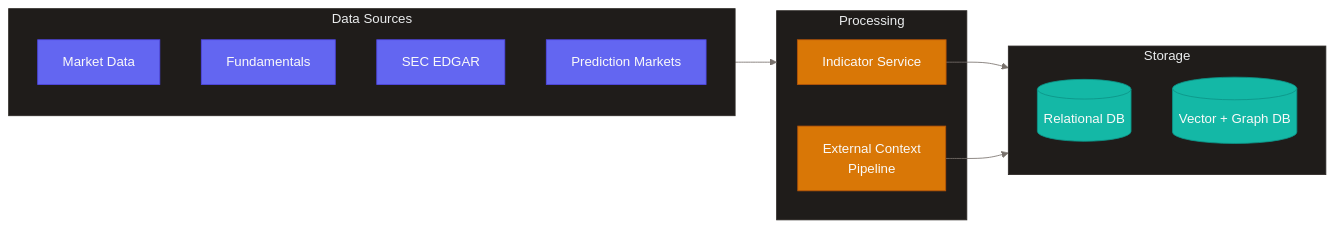
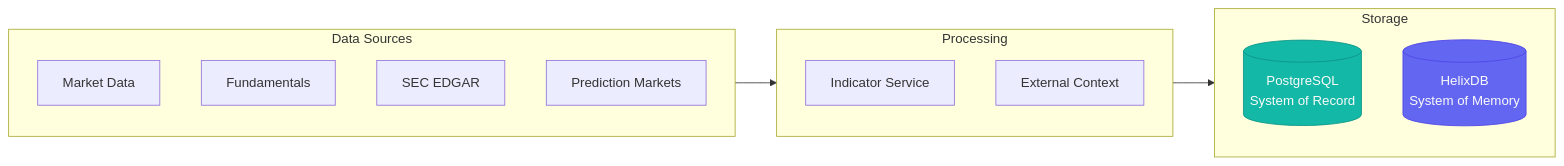
The sixth of 6 diagrams in PROJECT.md (ccheney/cream), drawn with Mermaid before and after one commit. The commit also changed other lines of this file and 30 other files, not shown here.

First line of the commit message:
feat(storage): enhance README with architecture, environment isolation, and repository patterns

````diff
--- a/PROJECT.md
+++ b/PROJECT.md
@@ -256,45 +258,25 @@
 ```mermaid
-%%{init: {'theme': 'base', 'themeVariables': {
-  'primaryColor': '#D97706',
-  'primaryTextColor': '#FAFAF9',
-  'primaryBorderColor': '#B45309',
-  'lineColor': '#78716C',
-  'secondaryColor': '#1F1C1A',
-  'tertiaryColor': '#141211',
-  'background': '#0C0A09',
-  'mainBkg': '#141211',
-  'textColor': '#D6D3D1',
-  'clusterBkg': '#1F1C1A',
-  'clusterBorder': '#2D2926'
-}}}%%
 flowchart LR
     subgraph Sources["Data Sources"]
         Market["Market Data"]
         Fund["Fundamentals"]
         EDGAR["SEC EDGAR"]
         Predict["Prediction Markets"]
     end
 
-    subgraph Processing["Processing"]
+    subgraph Processing
         Ind["Indicator Service"]
-        Ext["`External Context
-        Pipeline`"]
+        Ext["External Context"]
     end
 
-    subgraph Storage["Storage"]
-        Relational[("Relational DB")]
-        VectorGraph[("Vector + Graph DB")]
+    subgraph Storage
+        PG[("PostgreSQL<br/>System of Record")]
+        Helix[("HelixDB<br/>System of Memory")]
     end
 
     Sources --> Processing
-    Ind --> Storage
-    Ext --> Storage
+    Processing --> Storage
 
-    classDef source fill:#6366F1,stroke:#4F46E5,color:#FAFAF9
-    classDef process fill:#D97706,stroke:#B45309,color:#FAFAF9
-    classDef storage fill:#14B8A6,stroke:#0D9488,color:#FAFAF9
-
-    class Market,Fund,EDGAR,Predict source
-    class Ind,Ext process
-    class Relational,VectorGraph storage
+    style PG fill:#14B8A6,stroke:#0D9488,color:#FAFAF9
+    style Helix fill:#6366F1,stroke:#4F46E5,color:#FAFAF9
 ```
````
